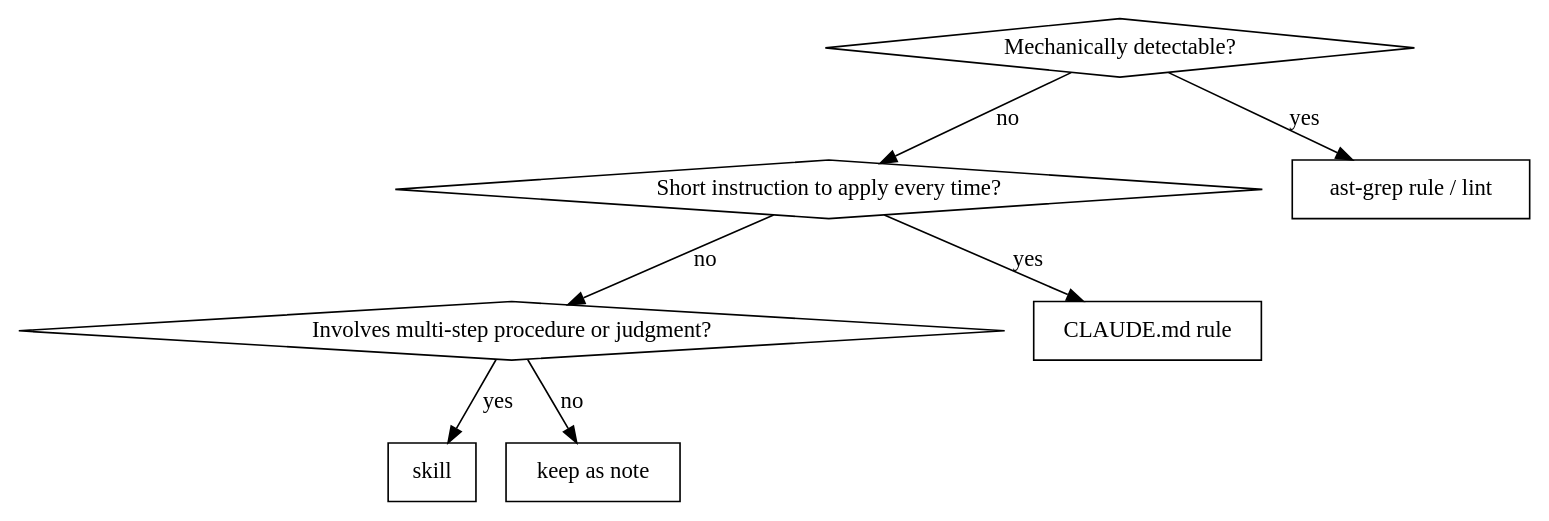
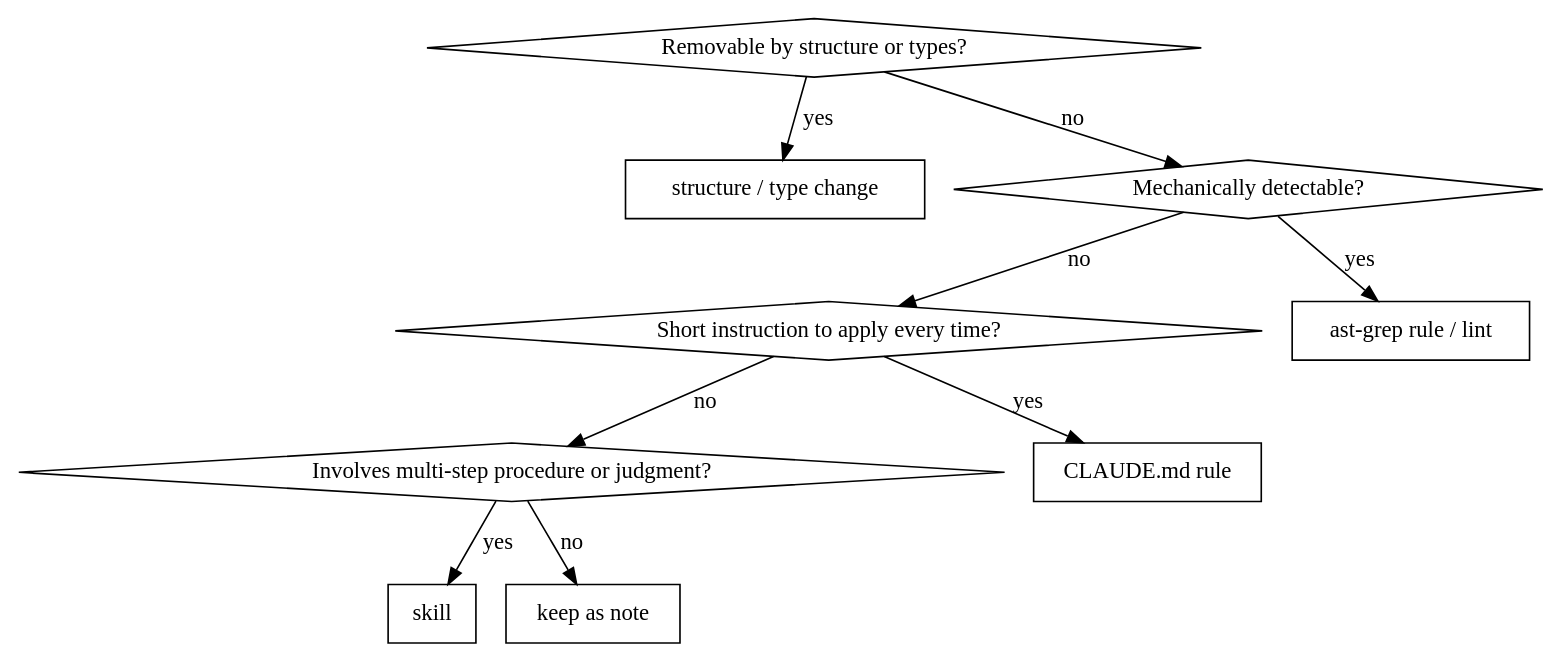
One commit to mizchi/skills changed the diagram in retrospective-codify/SKILL.md. Above: the diagram before and after it, drawn with Graphviz. The commit also changed other lines of this file and 11 other files, not shown here.

````diff
--- a/retrospective-codify/SKILL.md
+++ b/retrospective-codify/SKILL.md
@@ -62,18 +79,22 @@
 ```dot
 digraph classify {
+    "Removable by structure or types?" [shape=diamond];
+    "structure / type change" [shape=box];
+    "Removable by structure or types?" -> "structure / type change" [label="yes"];
+    "Removable by structure or types?" -> "Mechanically detectable?" [label="no"];
     "Mechanically detectable?" [shape=diamond];
     "Short instruction to apply every time?" [shape=diamond];
     "Involves multi-step procedure or judgment?" [shape=diamond];
     "ast-grep rule / lint" [shape=box];
     "CLAUDE.md rule" [shape=box];
     "skill" [shape=box];
     "keep as note" [shape=box];
 
     "Mechanically detectable?" -> "ast-grep rule / lint" [label="yes"];
     "Mechanically detectable?" -> "Short instruction to apply every time?" [label="no"];
     "Short instruction to apply every time?" -> "CLAUDE.md rule" [label="yes"];
     "Short instruction to apply every time?" -> "Involves multi-step procedure or judgment?" [label="no"];
     "Involves multi-step procedure or judgment?" -> "skill" [label="yes"];
     "Involves multi-step procedure or judgment?" -> "keep as note" [label="no"];
 }
 ```
````
